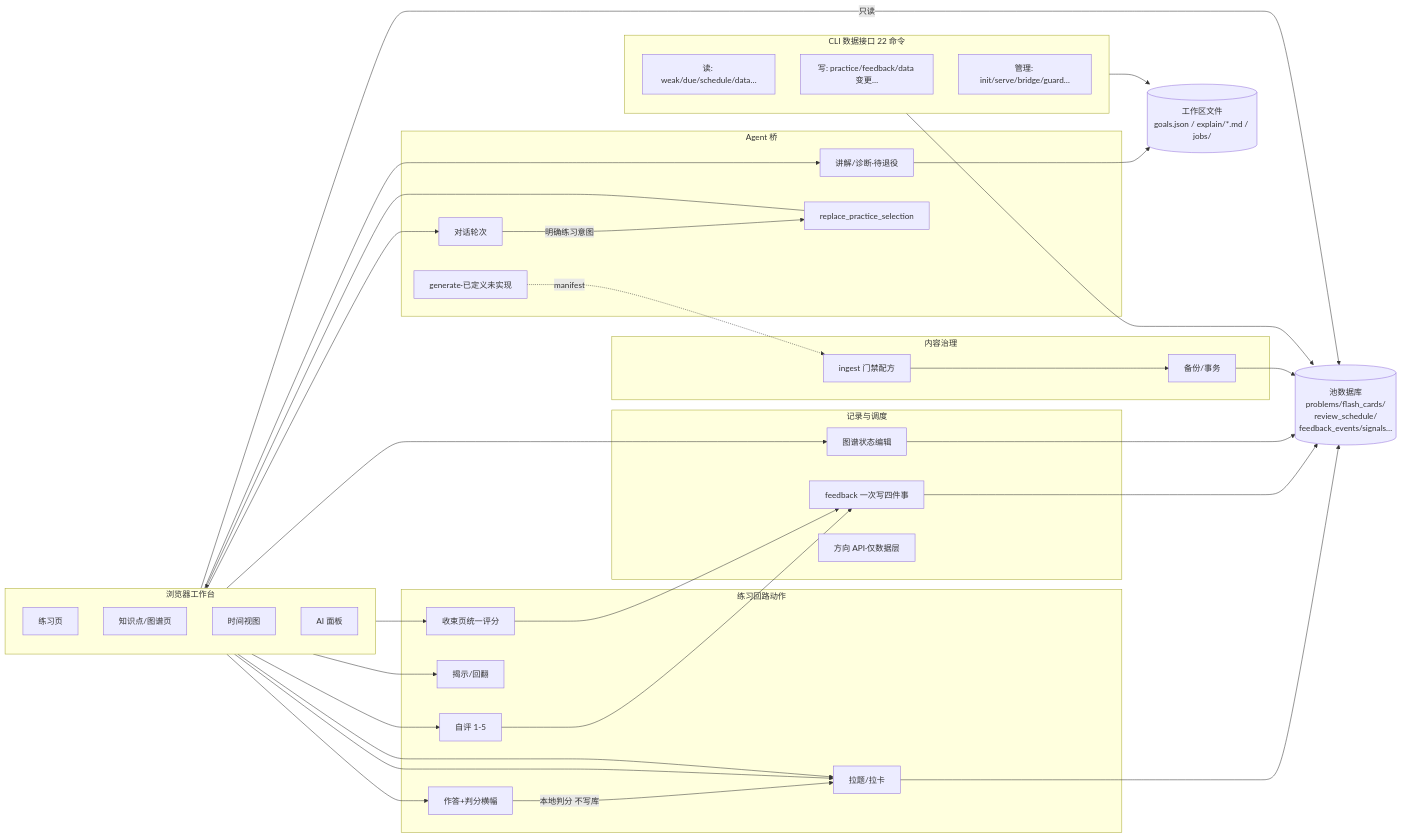
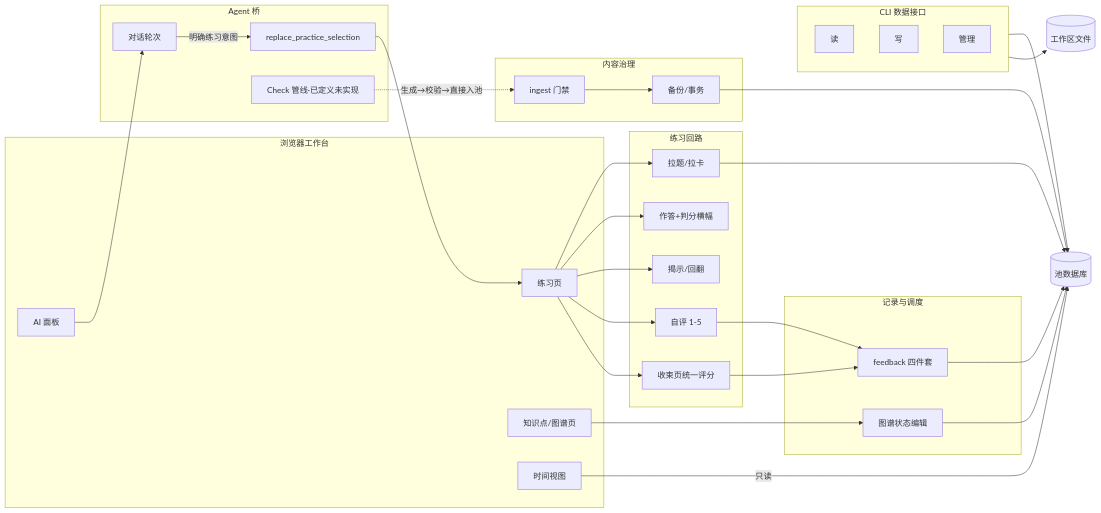
One commit to Amazinnn/Lesson-Kit changed the diagram in docs/ACTION-GRAPH.md. Above: the diagram before and after it, drawn with Mermaid. The commit also changed other lines of this file and 7 other files, not shown here.

Commit message:
docs: ACTION-GRAPH v2 分层重构（五层六文件+意外分支层）+ 问卷回收归档

````diff
--- a/docs/ACTION-GRAPH.md
+++ b/docs/ACTION-GRAPH.md
@@ -16,54 +33,46 @@
 ```mermaid
 flowchart LR
   subgraph UI[浏览器工作台]
-    direction TB
     P[练习页]
     K[知识点/图谱页]
     T[时间视图]
     A[AI 面板]
   end
-  subgraph LOOP[练习回路动作]
+  subgraph LOOP[练习回路]
     PULL[拉题/拉卡]
     ANS[作答+判分横幅]
     REV[揭示/回翻]
     RATE[自评 1-5]
     END[收束页统一评分]
   end
   subgraph REC[记录与调度]
-    FB[feedback 一次写四件事]
+    FB[feedback 四件套]
     GSTATE[图谱状态编辑]
-    DIR[方向 API·仅数据层]
   end
   subgraph GOV[内容治理]
-    ING[ingest 门禁配方]
+    ING[ingest 门禁]
     BK[备份/事务]
   end
   subgraph BR[Agent 桥]
     CONV[对话轮次]
-    EXD[讲解/诊断·待退役]
-    GEN[generate·已定义未实现]
-    ACT[replace_practice_selection]
+    SEL[replace_practice_selection]
+    CHK[Check 管线·已定义未实现]
   end
-  subgraph CLI[CLI 数据接口 22 命令]
-    Q[读: weak/due/schedule/data…]
-    W[写: practice/feedback/data 变更…]
-    ADM[管理: init/serve/bridge/guard…]
+  subgraph CLI[CLI 数据接口]
+    Q[读]
+    W[写]
+    ADM[管理]
   end
-  DB[(池数据库<br/>problems/flash_cards/<br/>review_schedule/<br/>feedback_events/signals…)]
-  FS[(工作区文件<br/>goals.json / explain/*.md / jobs/)]
+  DB[(池数据库)]
+  FS[(工作区文件)]
 
   P --> PULL & ANS & REV & RATE & END
   PULL --> DB
-  ANS -->|本地判分 不写库| PULL
   RATE & END --> FB --> DB
   K --> GSTATE --> DB
-  K --> PULL
   A --> CONV
-  P --> EXD
-  EXD --> FS
-  GEN -.manifest.-> ING
-  CONV -->|明确练习意图| ACT --> P
-  ING --> BK --> DB
+  CONV -->|明确练习意图| SEL --> P
+  CHK -.生成→校验→直接入池.-> ING --> BK --> DB
   CLI --> DB & FS
   T -->|只读| DB
 ```
````
